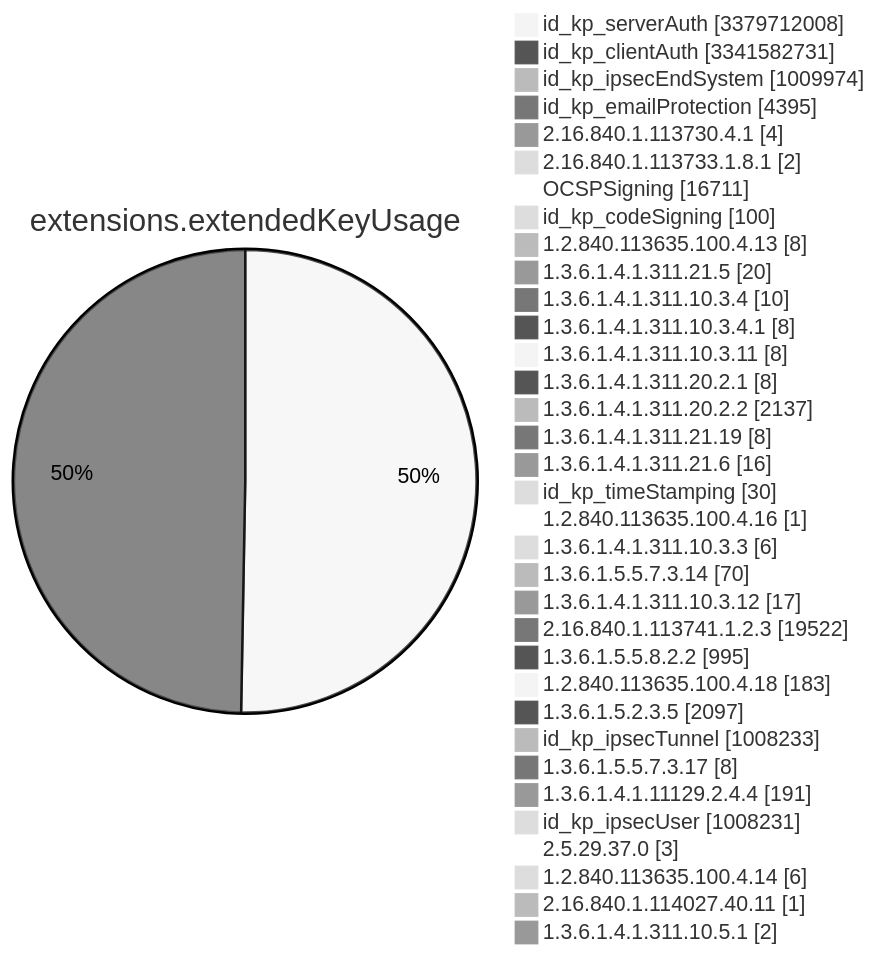
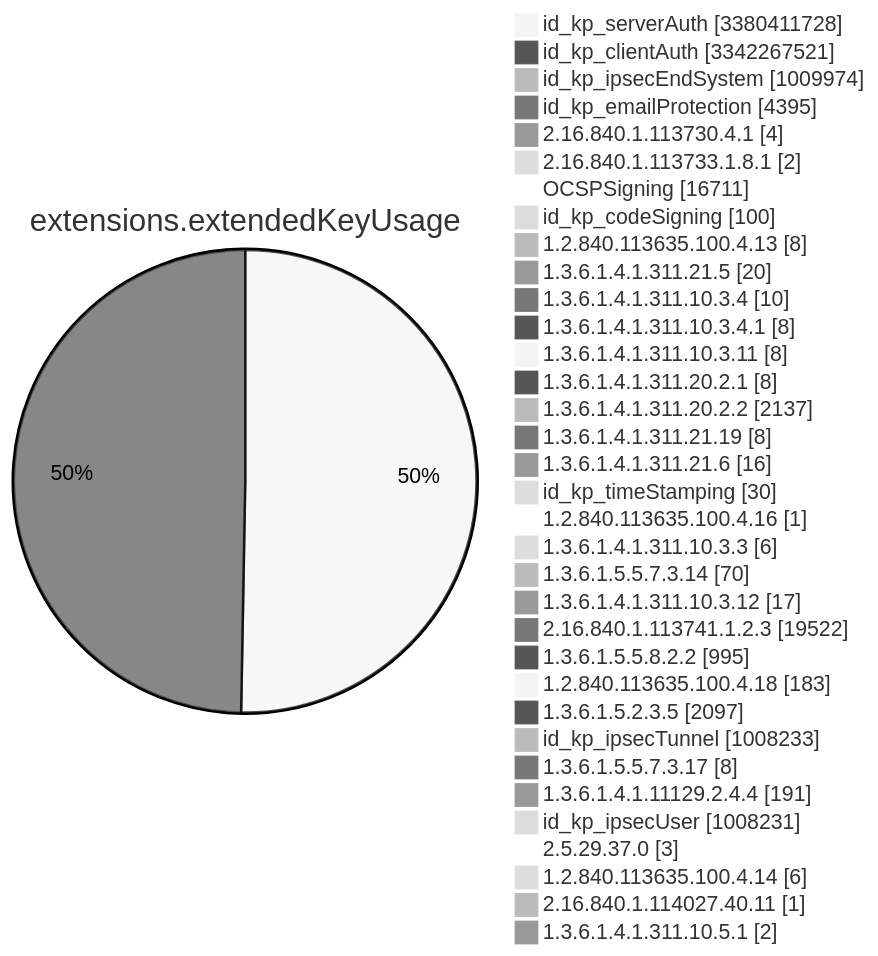
Diagram 11 of 15 in TOTAL/README.md (christiankrug/ctmonitor_visualization), drawn with Mermaid (neutral theme) before and after one commit. The commit also changed other lines of this file, not shown here.

````diff
--- a/TOTAL/README.md
+++ b/TOTAL/README.md
@@ -4120,38 +4120,38 @@
 ```mermaid
 pie showData
 title extensions.extendedKeyUsage
-"id_kp_serverAuth" :3379712008
-"id_kp_clientAuth" :3341582731
+"id_kp_serverAuth" :3380411728
+"id_kp_clientAuth" :3342267521
 "id_kp_ipsecEndSystem" :1009974
 "id_kp_emailProtection" :4395
 "2.16.840.1.113730.4.1" :4
 "2.16.840.1.113733.1.8.1" :2
 "OCSPSigning" :16711
 "id_kp_codeSigning" :100
 "1.2.840.113635.100.4.13" :8
 "1.3.6.1.4.1.311.21.5" :20
 "1.3.6.1.4.1.311.10.3.4" :10
 "1.3.6.1.4.1.311.10.3.4.1" :8
 "1.3.6.1.4.1.311.10.3.11" :8
 "1.3.6.1.4.1.311.20.2.1" :8
 "1.3.6.1.4.1.311.20.2.2" :2137
 "1.3.6.1.4.1.311.21.19" :8
 "1.3.6.1.4.1.311.21.6" :16
 "id_kp_timeStamping" :30
 "1.2.840.113635.100.4.16" :1
 "1.3.6.1.4.1.311.10.3.3" :6
 "1.3.6.1.5.5.7.3.14" :70
 "1.3.6.1.4.1.311.10.3.12" :17
 "2.16.840.1.113741.1.2.3" :19522
 "1.3.6.1.5.5.8.2.2" :995
 "1.2.840.113635.100.4.18" :183
 "1.3.6.1.5.2.3.5" :2097
 "id_kp_ipsecTunnel" :1008233
 "1.3.6.1.5.5.7.3.17" :8
 "1.3.6.1.4.1.11129.2.4.4" :191
 "id_kp_ipsecUser" :1008231
 "2.5.29.37.0" :3
 "1.2.840.113635.100.4.14" :6
 "2.16.840.1.114027.40.11" :1
 "1.3.6.1.4.1.311.10.5.1" :2
 ```
````
